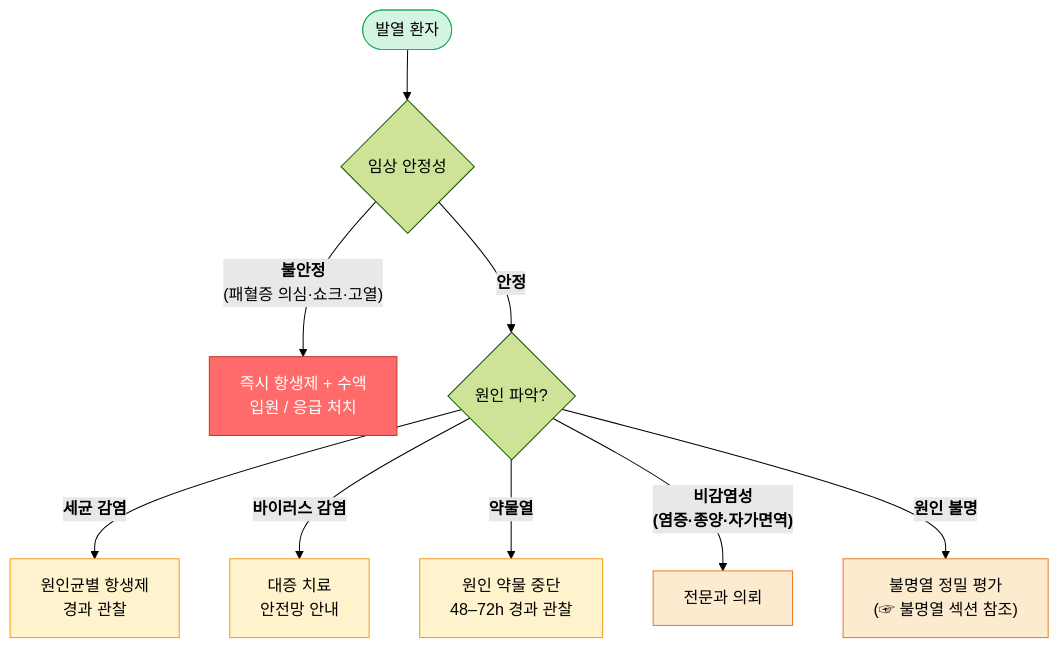
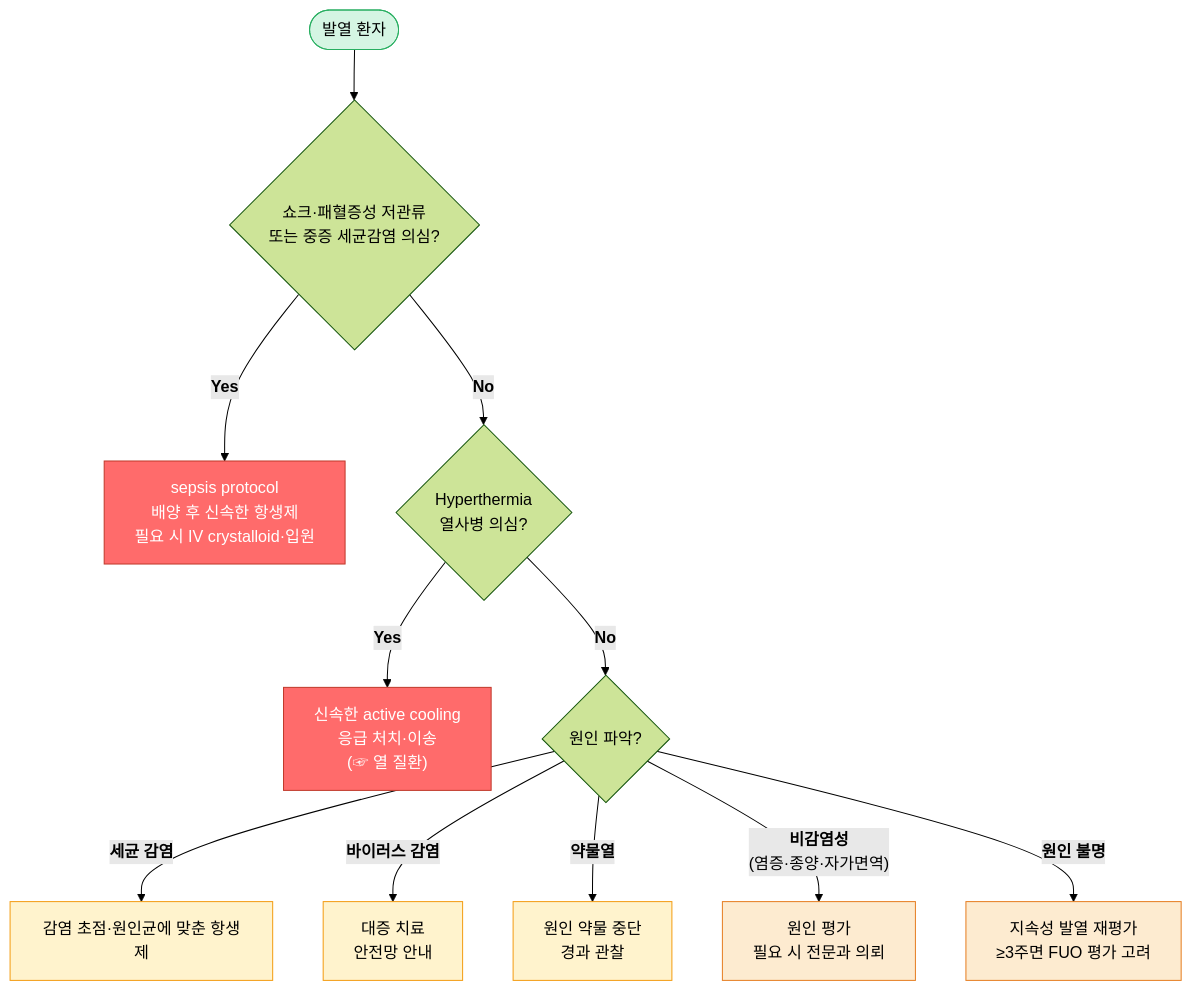
Before and after one commit to familyoh77/familyoh77: the second of 2 diagrams in 220_/011_-fever.md, drawn with Mermaid (forest theme). The commit also changed other lines of this file, not shown here.

````diff
--- a/220_/011_-fever.md
+++ b/220_/011_-fever.md
@@ -177,21 +183,23 @@
 ```mermaid
 graph TD
-    A([발열 환자]) --> B{임상 안정성}
-    B -->|"<b>불안정</b><br/>(패혈증 의심·쇼크·고열)"| C["즉시 항생제 + 수액<br/>입원 / 응급 처치"]
-    B -->|<b>안정</b>| D{원인 파악?}
-    D -->|<b>세균 감염</b>| E["원인균별 항생제<br/>경과 관찰"]
-    D -->|<b>바이러스 감염</b>| F["대증 치료<br/>안전망 안내"]
-    D -->|<b>약물열</b>| G["원인 약물 중단<br/>48–72h 경과 관찰"]
-    D -->|"<b>비감염성<br/>(염증·종양·자가면역)</b>"| H["전문과 의뢰"]
-    D -->|<b>원인 불명</b>| I["불명열 정밀 평가<br/>(☞ 불명열 섹션 참조)"]
+    A([발열 환자]) --> B{쇼크·패혈증성 저관류<br/>또는 중증 세균감염 의심?}
+    B -->|<b>Yes</b>| C["sepsis protocol<br/>배양 후 신속한 항생제<br/>필요 시 IV crystalloid·입원"]
+    B -->|<b>No</b>| D{Hyperthermia<br/>열사병 의심?}
+    D -->|<b>Yes</b>| E["신속한 active cooling<br/>응급 처치·이송<br/>(☞ 열 질환)"]
+    D -->|<b>No</b>| F{원인 파악?}
+    F -->|<b>세균 감염</b>| G["감염 초점·원인균에 맞춘 항생제"]
+    F -->|<b>바이러스 감염</b>| H["대증 치료<br/>안전망 안내"]
+    F -->|<b>약물열</b>| I["원인 약물 중단<br/>경과 관찰"]
+    F -->|"<b>비감염성</b><br/>(염증·종양·자가면역)"| J["원인 평가<br/>필요 시 전문과 의뢰"]
+    F -->|<b>원인 불명</b>| K["지속성 발열 재평가<br/>≥3주면 FUO 평가 고려"]
 
     classDef red    fill:#ff6b6b,stroke:#c0392b,color:#fff
     classDef green  fill:#d5f5e3,stroke:#27ae60
     classDef yellow fill:#fff3cd,stroke:#f39c12
     classDef orange fill:#fdebd0,stroke:#e67e22
 
     class A green
-    class C red
-    class E,F,G yellow
-    class H,I orange
+    class C,E red
+    class G,H,I yellow
+    class J,K orange
 ```
````
